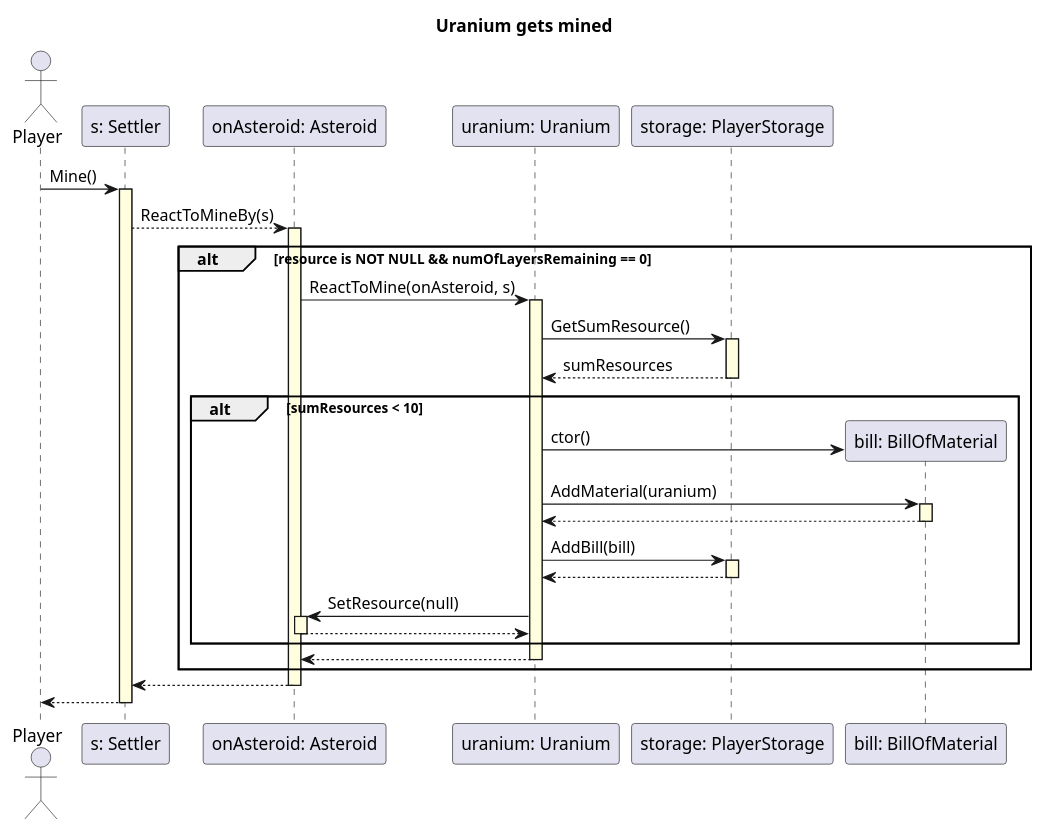
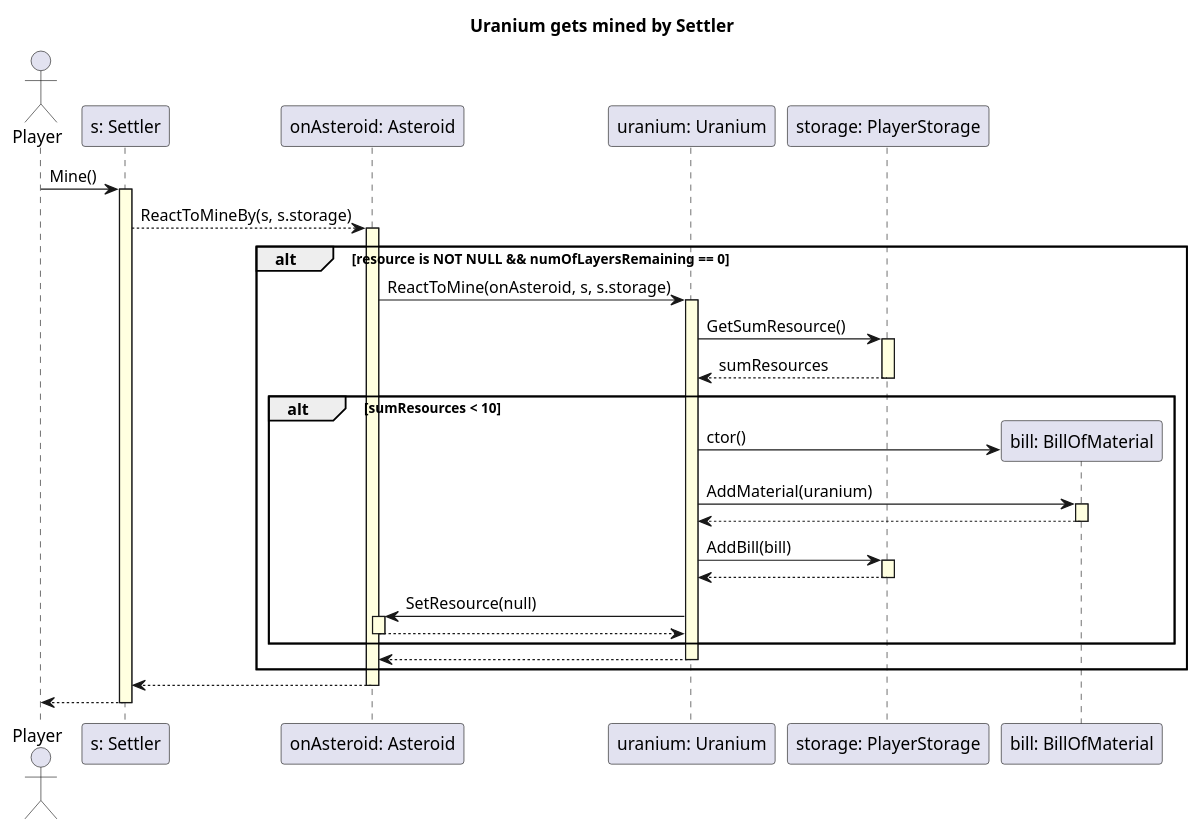
Before and after one commit to triszt4n/projlab_holy_oil: the diagram in uml/original_seq_diagrams/settler_mines.plantuml, drawn with PlantUML. The commit also changed 36 other files, not shown here.

```diff
--- a/uml/original_seq_diagrams/settler_mines.plantuml
+++ b/uml/original_seq_diagrams/settler_mines.plantuml
@@ -1,50 +1,50 @@
 @startuml
 
 skinparam SequenceLifeLineBackgroundColor LightYellow
 
-title Uranium gets mined
+title Uranium gets mined by Settler
 
 actor Player as PLAYER
 
 participant "s: Settler" as s
 participant "onAsteroid: Asteroid" as a
 participant "uranium: Uranium" as u
 participant "storage: PlayerStorage" as st
 participant "bill: BillOfMaterial" as bill
 
 
 PLAYER -> s ++: Mine()
 
-    s-->a ++: ReactToMineBy(s)
+    s-->a ++: ReactToMineBy(s, s.storage)
 
         alt resource is NOT NULL && numOfLayersRemaining == 0
 
-            a -> u ++: ReactToMine(onAsteroid, s)
+            a -> u ++: ReactToMine(onAsteroid, s, s.storage)
 
                 u -> st ++: GetSumResource()
                 st --> u --: sumResources
 
                 alt sumResources < 10
 
                     u -> bill **: ctor()
 
                     u->bill++: AddMaterial(uranium)
                     bill --> u --
 
                     u->st ++: AddBill(bill)
                     st --> u --
                     
                     u -> a ++: SetResource(null)
                     a --> u -- 
 
                 end
 
             u --> a--
 
         end
 
     a --> s --
 
 s --> PLAYER --
 
 @enduml
```
